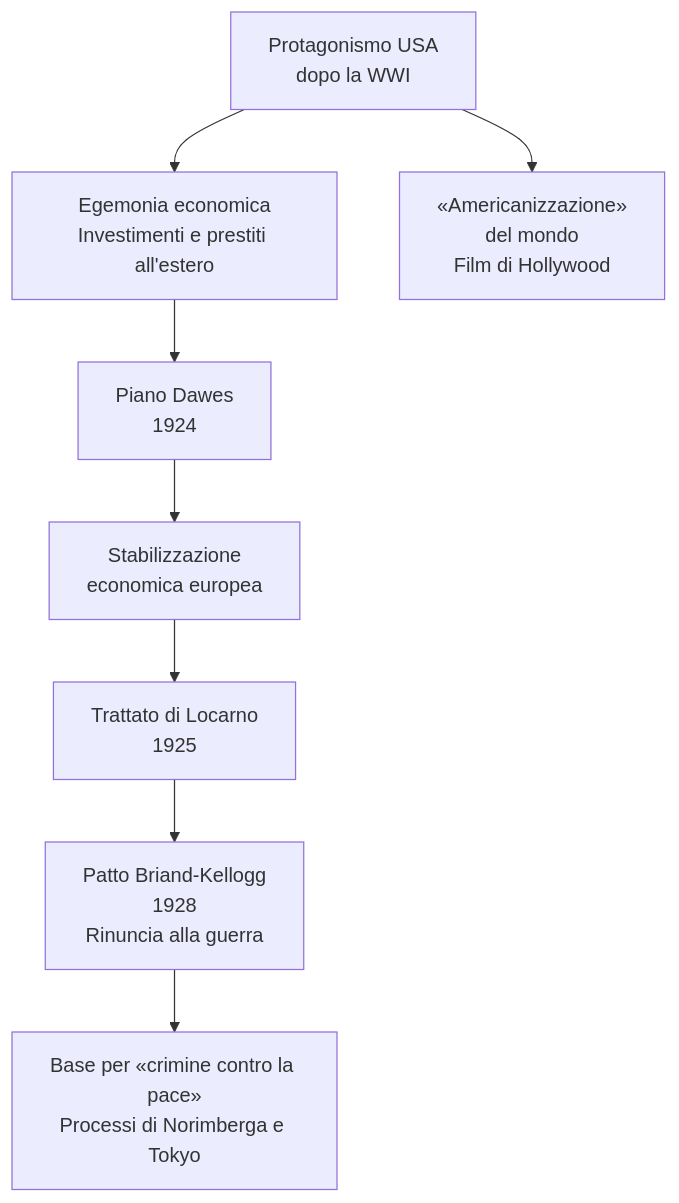
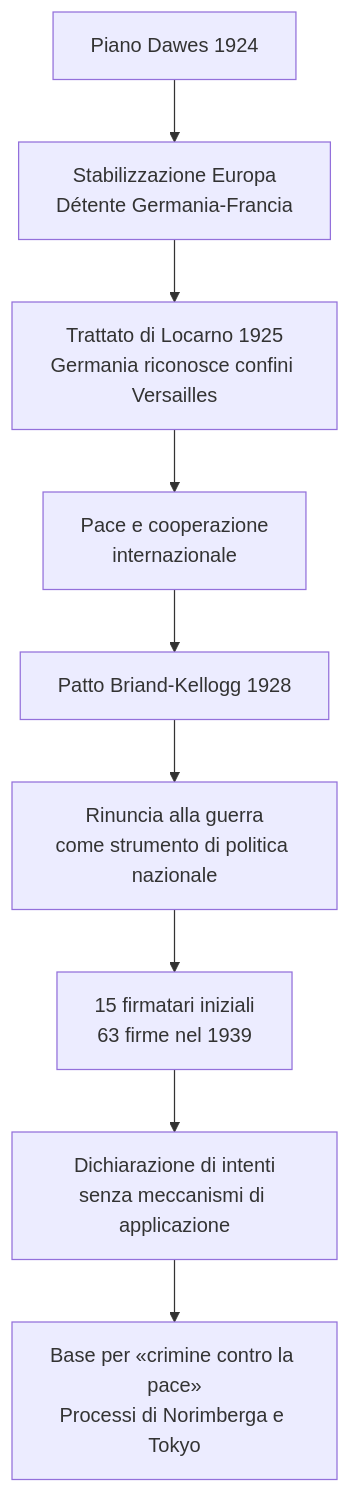
One commit to riccardo-algorime/appunti-5Bsa changed the eighth of 16 diagrams in storia/materiale/studio/capitolo_3.10_studio.md. Above: the diagram before and after it, drawn with Mermaid. The commit also changed other lines of this file and 5 other files, not shown here.

````diff
--- a/storia/materiale/studio/capitolo_3.10_studio.md
+++ b/storia/materiale/studio/capitolo_3.10_studio.md
@@ -405,10 +261,11 @@
 ```mermaid
 flowchart TD
-    A[Protagonismo USA<br/>dopo la WWI] --> B[Egemonia economica<br/>Investimenti e prestiti all'estero]
-    A --> C[«Americanizzazione»<br/>del mondo<br/>Film di Hollywood]
-    B --> D[Piano Dawes<br/>1924]
-    D --> E[Stabilizzazione<br/>economica europea]
-    E --> F[Trattato di Locarno<br/>1925]
-    F --> G[Patto Briand-Kellogg<br/>1928<br/>Rinuncia alla guerra]
-    G --> H[Base per «crimine contro la pace»<br/>Processi di Norimberga e Tokyo]
+    A[Piano Dawes 1924] --> B[Stabilizzazione Europa<br/>Détente Germania-Francia]
+    B --> C[Trattato di Locarno 1925<br/>Germania riconosce confini Versailles]
+    C --> D[Pace e cooperazione<br/>internazionale]
+    D --> E[Patto Briand-Kellogg 1928]
+    E --> F[Rinuncia alla guerra<br/>come strumento di politica nazionale]
+    F --> G[15 firmatari iniziali<br/>63 firme nel 1939]
+    G --> H[Dichiarazione di intenti<br/>senza meccanismi di applicazione]
+    H --> I[Base per «crimine contro la pace»<br/>Processi di Norimberga e Tokyo]
 ```
````
